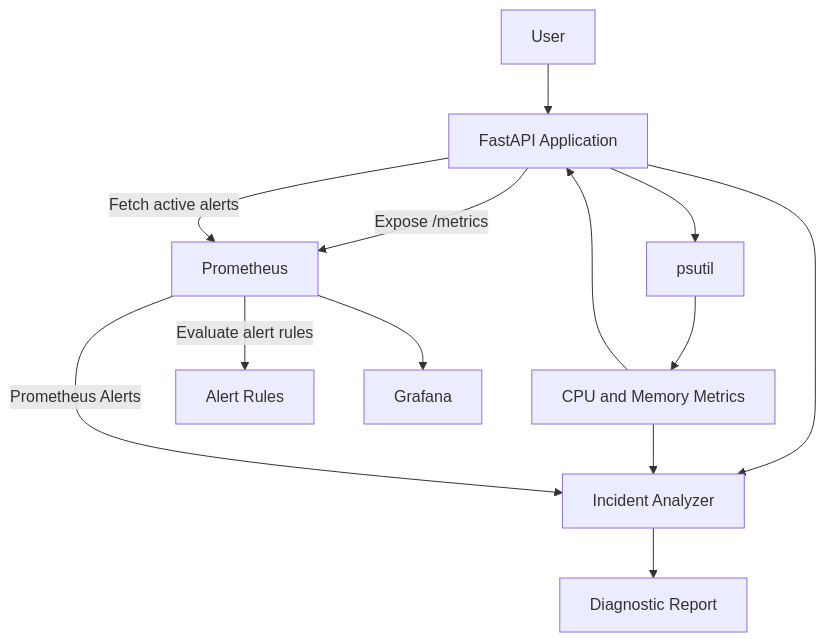
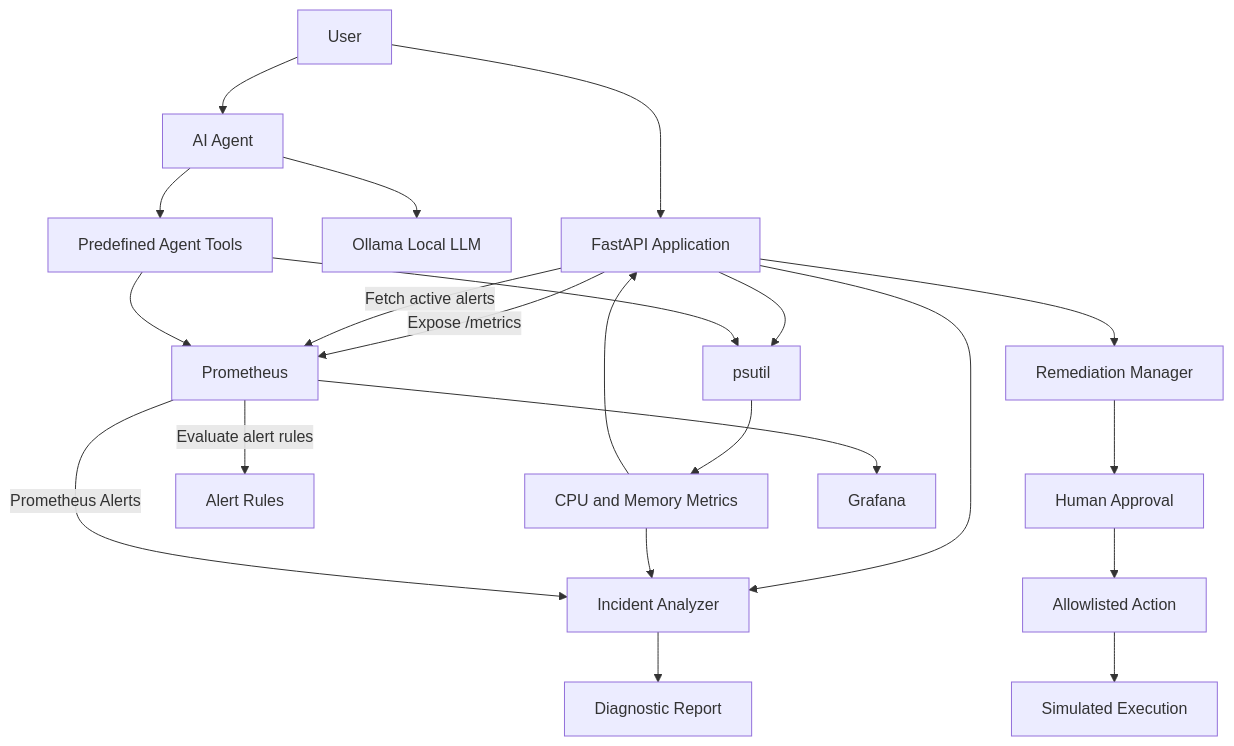
One commit to meowphilops/cloudops-sentinel changed the diagram in README.md. Above: the diagram before and after it, drawn with Mermaid. The commit also changed other lines of this file and 8 other files, not shown here.

Commit message:
feat: add agentic diagnostics and human-approved remediation

````diff
--- a/README.md
+++ b/README.md
@@ -182,21 +56,32 @@
 ```mermaid
 flowchart TD
     U[User] --> API[FastAPI Application]
+    U --> AG[AI Agent]
 
     API --> PS[psutil]
     PS --> M[CPU and Memory Metrics]
 
     M --> API
     API -->|Expose /metrics| P[Prometheus]
 
     P -->|Evaluate alert rules| AR[Alert Rules]
     API -->|Fetch active alerts| P
 
     API --> IA[Incident Analyzer]
     M --> IA
     P -->|Prometheus Alerts| IA
 
     IA --> R[Diagnostic Report]
 
+    AG --> O[Ollama Local LLM]
+    AG --> AT[Predefined Agent Tools]
+    AT --> PS
+    AT --> P
+
+    API --> RM[Remediation Manager]
+    RM --> HP[Human Approval]
+    HP --> EX[Allowlisted Action]
+    EX --> SIM[Simulated Execution]
+
     P --> G[Grafana]
 ```
````
